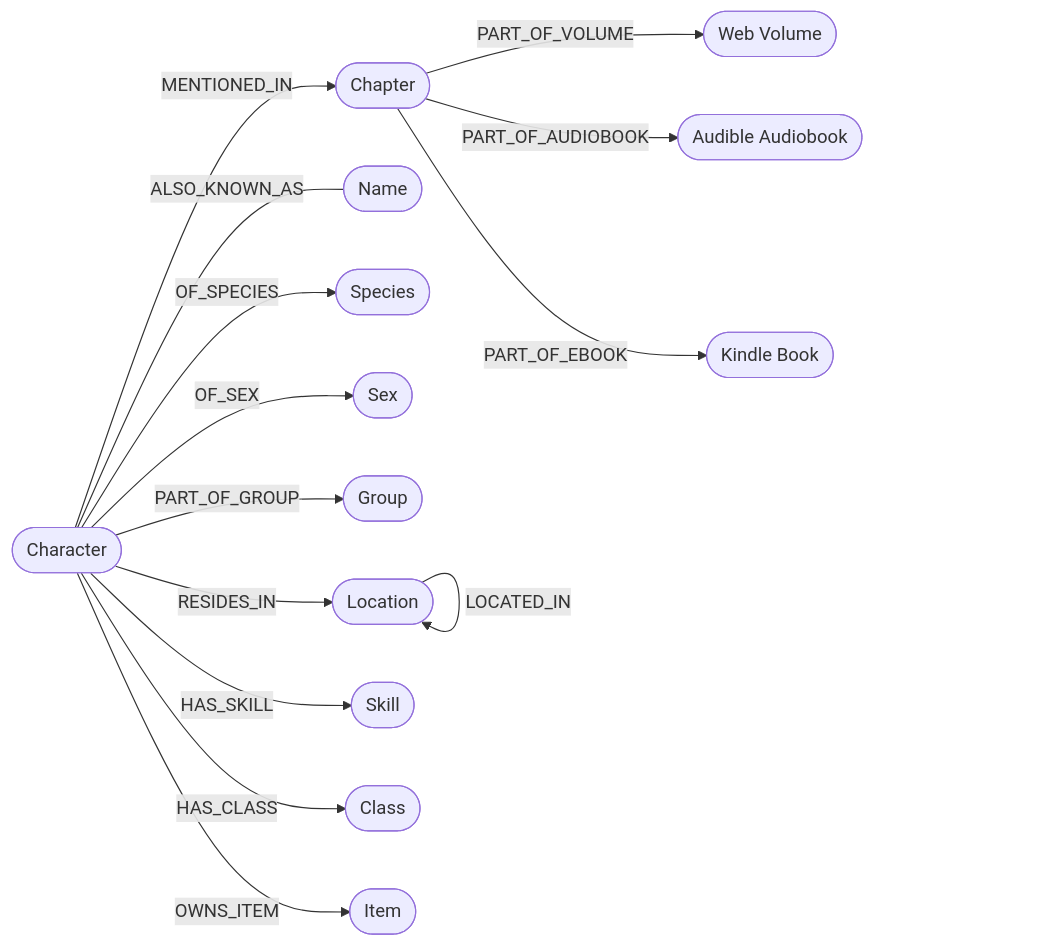
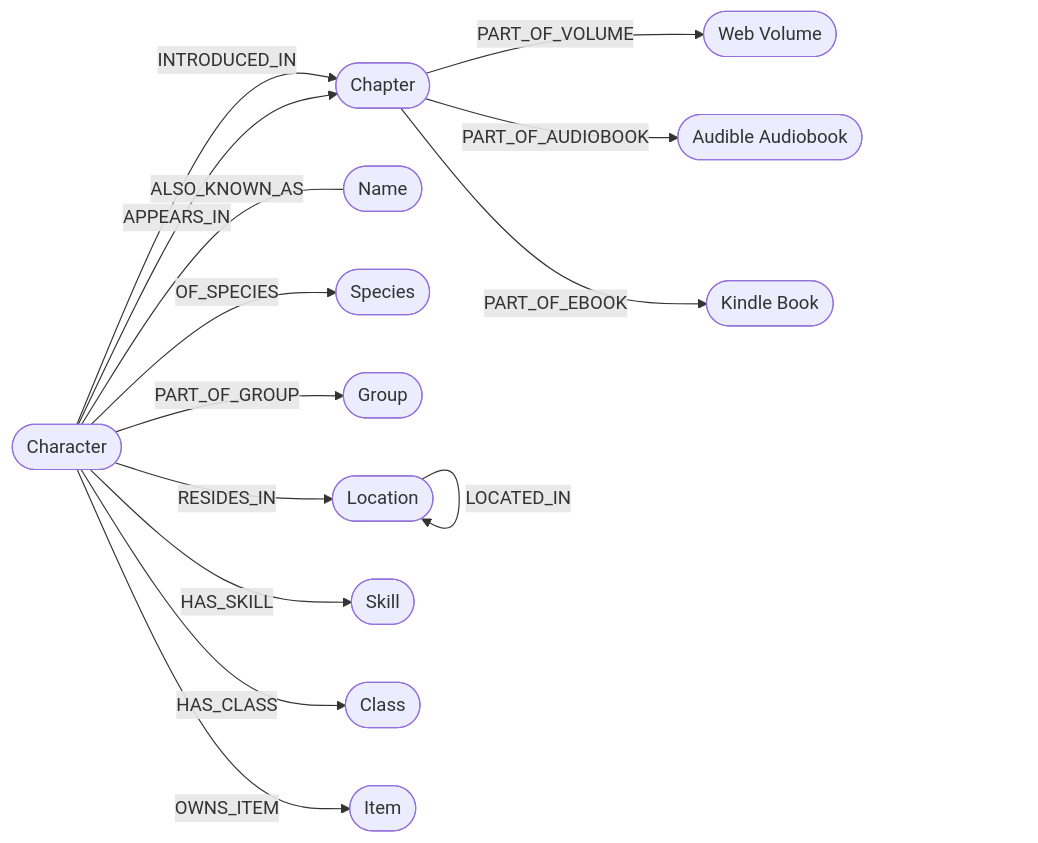
Before and after one commit to wandering-inndex/inndex: the diagram in README.md, drawn with Mermaid. The commit also changed other lines of this file, not shown here.

````diff
--- a/README.md
+++ b/README.md
@@ -20,31 +20,30 @@
 ```mermaid
 flowchart LR
   chapter([Chapter])
   webVolume([Web Volume])
   audibleAudioBook([Audible Audiobook])
   kindleBook([Kindle Book])
   character([Character])
   name([Name])
   species([Species])
-  sex([Sex])
   group([Group])
   location([Location])
   skill([Skill])
   systemClass([Class])
   item([Item])
 
   character-- OF_SPECIES -->species
-  character-- OF_SEX -->sex
   character-- ALSO_KNOWN_AS ---name
   character-- PART_OF_GROUP -->group
   character-- RESIDES_IN -->location
-  character-- MENTIONED_IN -->chapter
+  character-- INTRODUCED_IN -->chapter
+  character-- APPEARS_IN -->chapter
   character-- HAS_SKILL -->skill
   character-- HAS_CLASS -->systemClass
   character-- OWNS_ITEM -->item
 
   location-- LOCATED_IN -->location
   chapter-- PART_OF_VOLUME --> webVolume
   chapter-- PART_OF_AUDIOBOOK --> audibleAudioBook
   chapter-- PART_OF_EBOOK --> kindleBook
 ```
````
